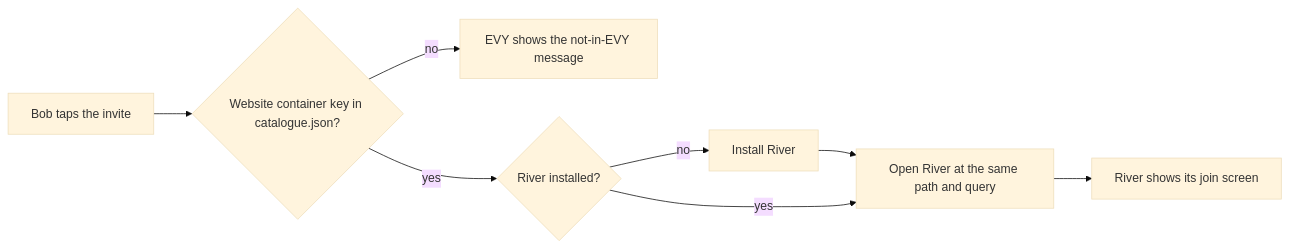
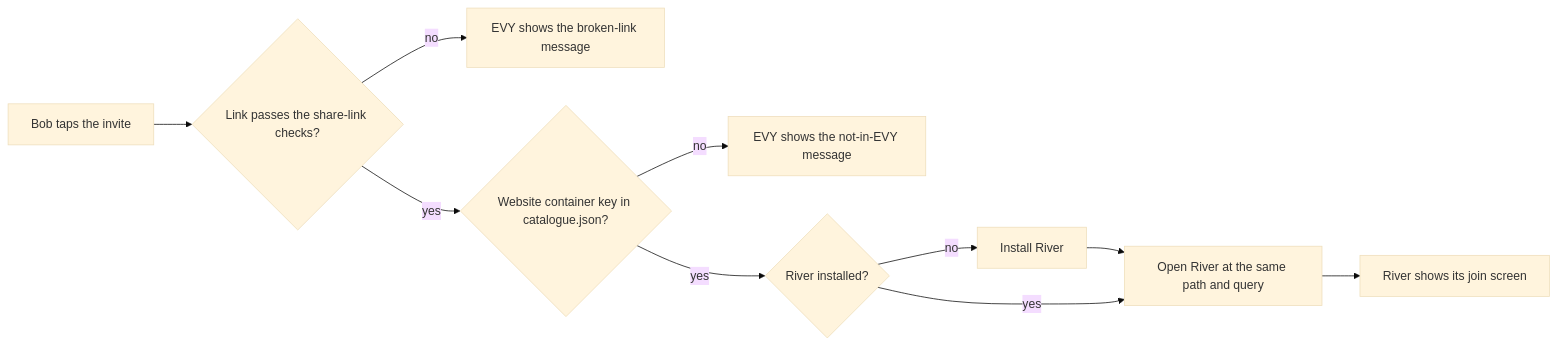
Before and after one commit to EVY-Platform/evy-freenet-plans: the diagram in 2-evy-mobile-app/01-catalogue.md, drawn with Mermaid (base theme). The commit also changed other lines of this file and 3 other files, not shown here.

````diff
--- a/2-evy-mobile-app/01-catalogue.md
+++ b/2-evy-mobile-app/01-catalogue.md
@@ -65,9 +76,11 @@
 ```mermaid
 flowchart LR
-  T[Bob taps the invite] --> C{Website container key in catalogue.json?}
+  T[Bob taps the invite] --> V{Link passes the share-link checks?}
+  V -- no --> B[EVY shows the broken-link message]
+  V -- yes --> C{Website container key in catalogue.json?}
   C -- no --> E[EVY shows the not-in-EVY message]
   C -- yes --> I{River installed?}
   I -- no --> N[Install River] --> O
   I -- yes --> O[Open River at the same path and query]
   O --> J[River shows its join screen]
 ```
````
